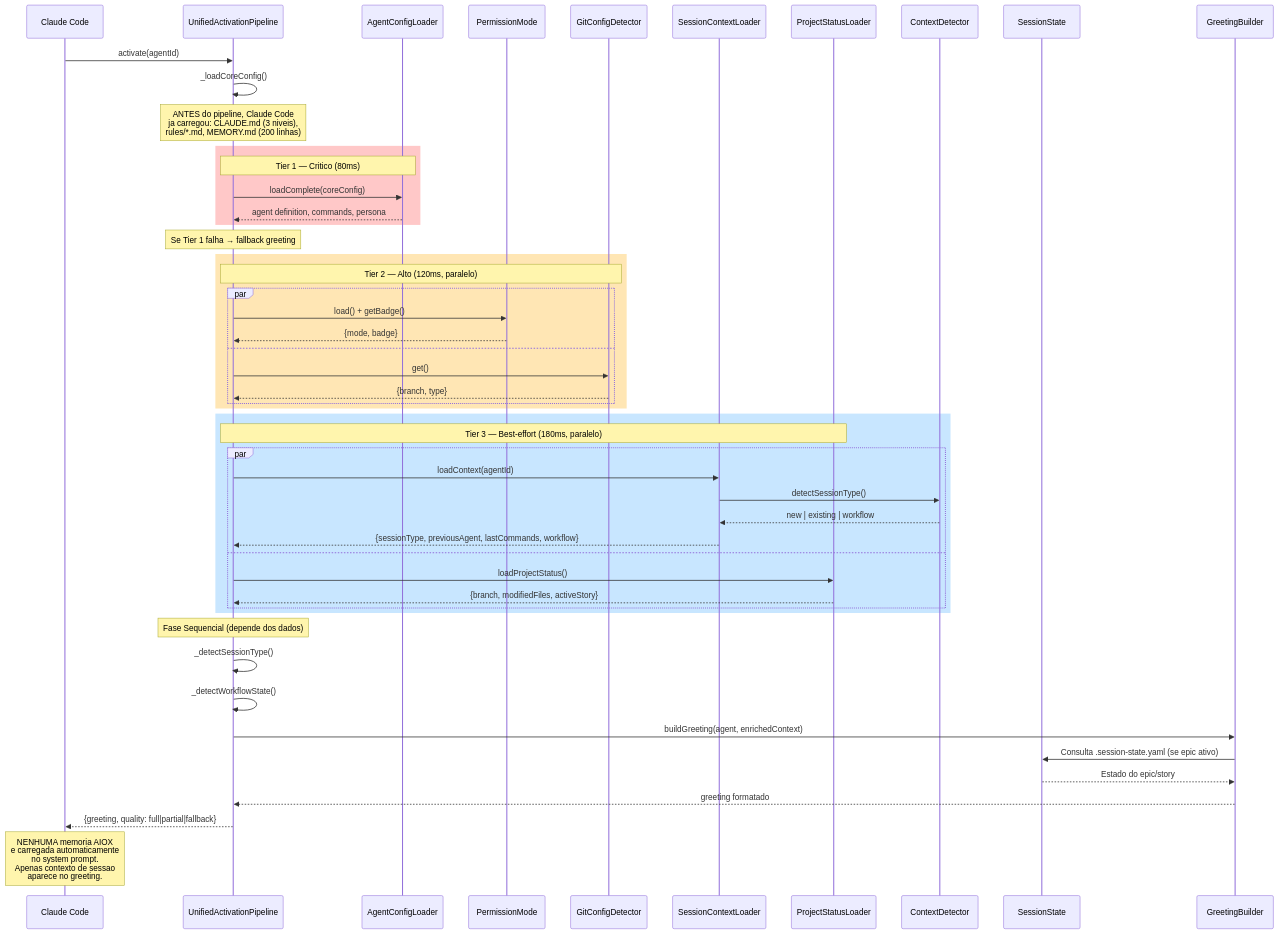
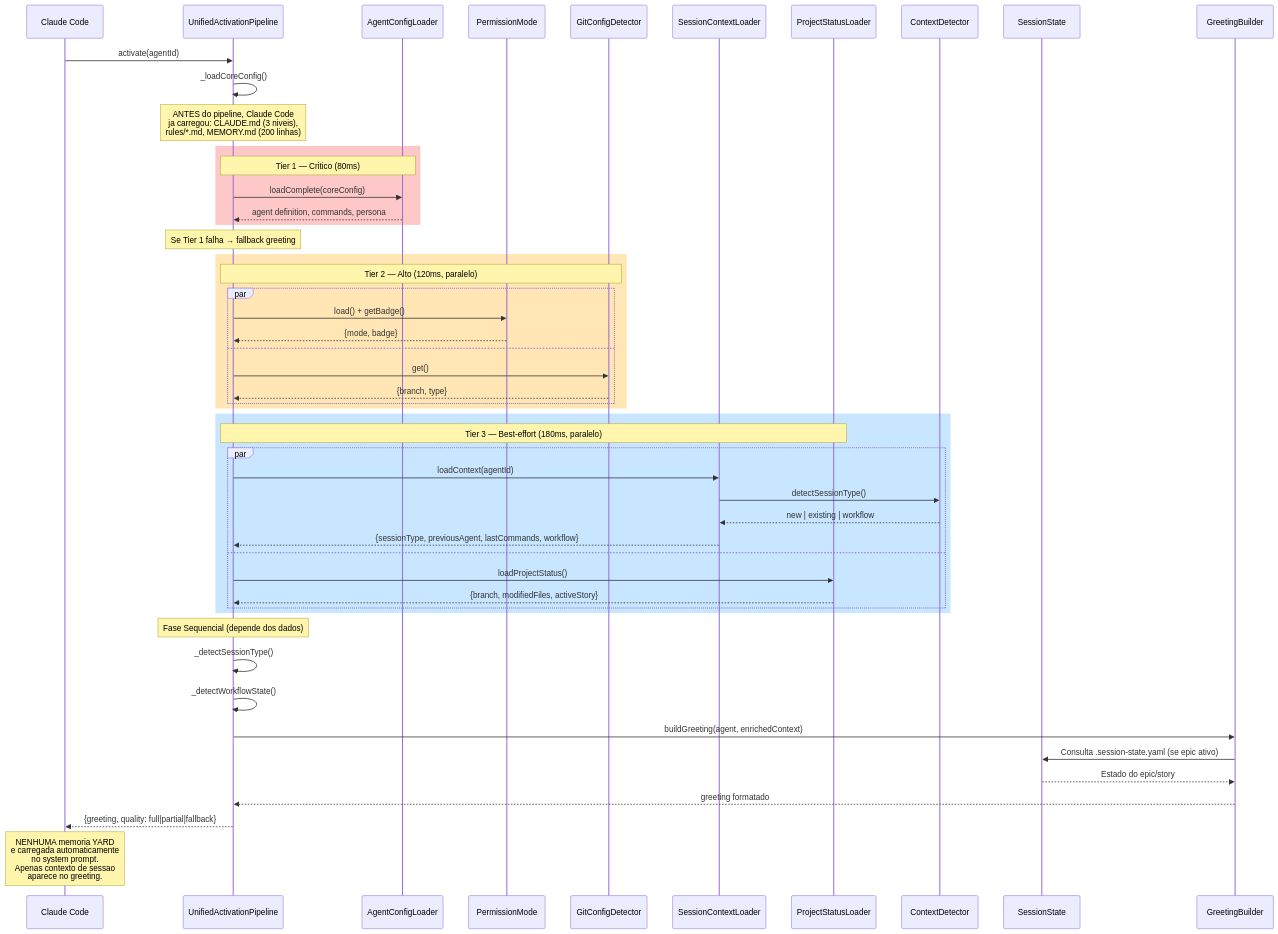
The eighth of 18 diagrams in docs/guides/MEMORY-SYSTEM.md (ernesto-langa/yard-core), drawn with Mermaid before and after one commit. The commit also changed other lines of this file and 529 other files, not shown here.

````diff
--- a/docs/guides/MEMORY-SYSTEM.md
+++ b/docs/guides/MEMORY-SYSTEM.md
@@ -362,64 +362,64 @@
 ```mermaid
 sequenceDiagram
     participant CC as Claude Code
     participant UAP as UnifiedActivationPipeline
     participant ACL as AgentConfigLoader
     participant PM as PermissionMode
     participant GCD as GitConfigDetector
     participant SCL as SessionContextLoader
     participant PSL as ProjectStatusLoader
     participant CD as ContextDetector
     participant SS as SessionState
     participant GB as GreetingBuilder
 
     CC->>UAP: activate(agentId)
     UAP->>UAP: _loadCoreConfig()
 
     Note over UAP: ANTES do pipeline, Claude Code<br/>ja carregou: CLAUDE.md (3 niveis),<br/>rules/*.md, MEMORY.md (200 linhas)
 
     rect rgb(255, 200, 200)
         Note over UAP,ACL: Tier 1 — Critico (80ms)
         UAP->>ACL: loadComplete(coreConfig)
         ACL-->>UAP: agent definition, commands, persona
     end
 
     Note over UAP: Se Tier 1 falha → fallback greeting
 
     rect rgb(255, 230, 180)
         Note over UAP,GCD: Tier 2 — Alto (120ms, paralelo)
         par
             UAP->>PM: load() + getBadge()
             PM-->>UAP: {mode, badge}
         and
             UAP->>GCD: get()
             GCD-->>UAP: {branch, type}
         end
     end
 
     rect rgb(200, 230, 255)
         Note over UAP,PSL: Tier 3 — Best-effort (180ms, paralelo)
         par
             UAP->>SCL: loadContext(agentId)
             SCL->>CD: detectSessionType()
             CD-->>SCL: new | existing | workflow
             SCL-->>UAP: {sessionType, previousAgent, lastCommands, workflow}
         and
             UAP->>PSL: loadProjectStatus()
             PSL-->>UAP: {branch, modifiedFiles, activeStory}
         end
     end
 
     Note over UAP: Fase Sequencial (depende dos dados)
 
     UAP->>UAP: _detectSessionType()
     UAP->>UAP: _detectWorkflowState()
 
     UAP->>GB: buildGreeting(agent, enrichedContext)
     GB->>SS: Consulta .session-state.yaml (se epic ativo)
     SS-->>GB: Estado do epic/story
     GB-->>UAP: greeting formatado
 
     UAP-->>CC: {greeting, quality: full|partial|fallback}
 
-    Note over CC: NENHUMA memoria AIOX<br/>e carregada automaticamente<br/>no system prompt.<br/>Apenas contexto de sessao<br/>aparece no greeting.
+    Note over CC: NENHUMA memoria YARD<br/>e carregada automaticamente<br/>no system prompt.<br/>Apenas contexto de sessao<br/>aparece no greeting.
 ```
````
